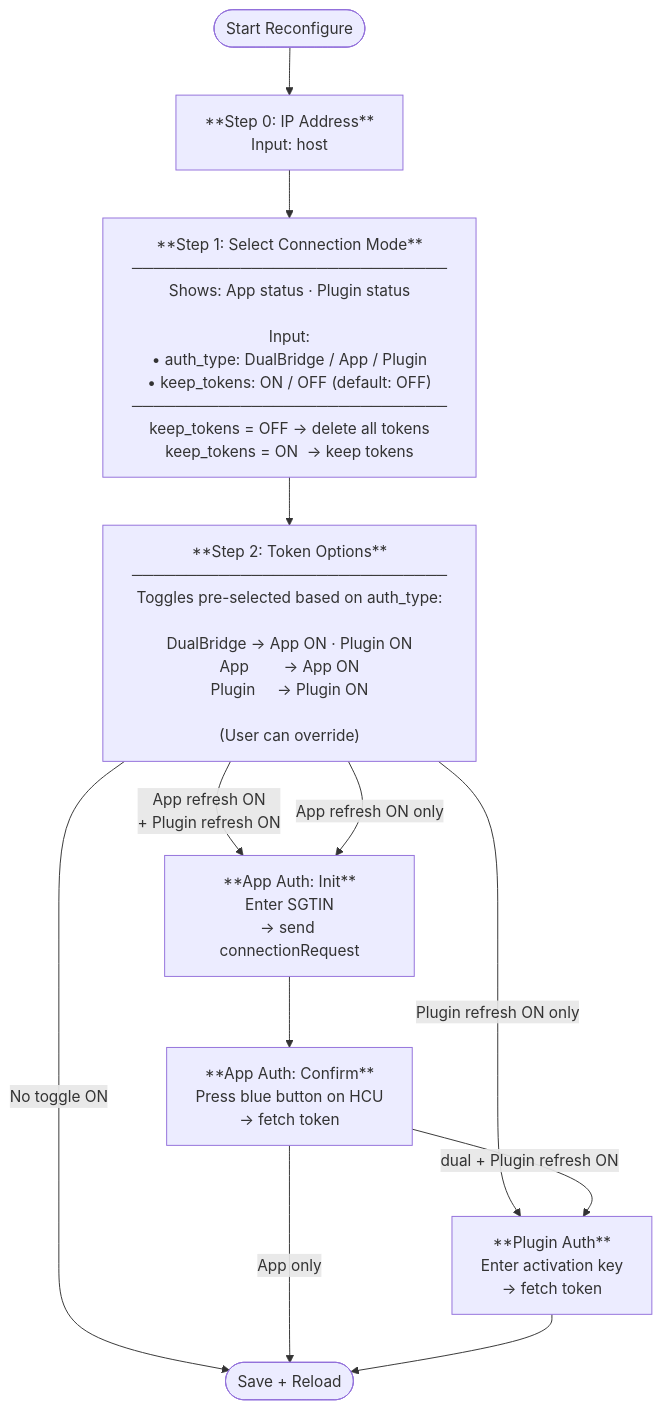
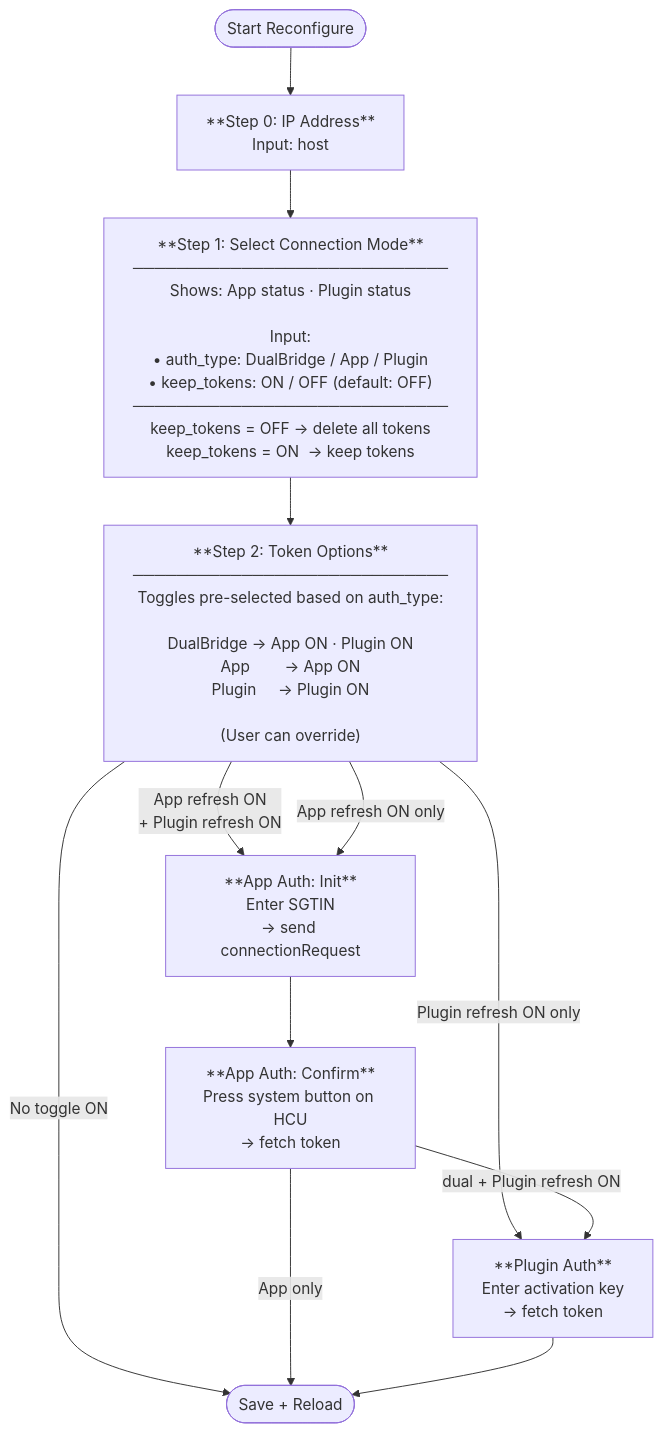
Before and after one commit to Ediminator/homematicip-hcu: the diagram in .docs/flows/reconfigure_flow.md, drawn with Mermaid. The commit also changed other lines of this file and 8 other files, not shown here.

````diff
--- a/.docs/flows/reconfigure_flow.md
+++ b/.docs/flows/reconfigure_flow.md
@@ -9,29 +9,29 @@
 ```mermaid
 flowchart TD
     START([Start Reconfigure]) --> S0
 
     S0["**Step 0: IP Address**\nInput: host"]
     S0 --> S1
 
     S1["**Step 1: Select Connection Mode**\n─────────────────────────────\nShows: App status · Plugin status\n\nInput:\n• auth_type: DualBridge / App / Plugin\n• keep_tokens: ON / OFF (default: OFF)\n─────────────────────────────\nkeep_tokens = OFF → delete all tokens\nkeep_tokens = ON  → keep tokens"]
     S1 --> S2
 
     S2["**Step 2: Token Options**\n─────────────────────────────\nToggles pre-selected based on auth_type:\n\nDualBridge → App ON · Plugin ON\nApp        → App ON\nPlugin     → Plugin ON\n\n(User can override)"]
 
     S2 -->|"App refresh ON\n+ Plugin refresh ON"| APP_AUTH
     S2 -->|"App refresh ON only"| APP_AUTH
     S2 -->|"Plugin refresh ON only"| PLUGIN_AUTH
     S2 -->|"No toggle ON"| SAVE
 
     APP_AUTH["**App Auth: Init**\nEnter SGTIN\n→ send connectionRequest"]
     APP_AUTH --> APP_CONFIRM
 
-    APP_CONFIRM["**App Auth: Confirm**\nPress blue button on HCU\n→ fetch token"]
+    APP_CONFIRM["**App Auth: Confirm**\nPress system button on HCU\n→ fetch token"]
     APP_CONFIRM -->|"dual + Plugin refresh ON"| PLUGIN_AUTH
     APP_CONFIRM -->|"App only"| SAVE
 
     PLUGIN_AUTH["**Plugin Auth**\nEnter activation key\n→ fetch token"]
     PLUGIN_AUTH --> SAVE
 
     SAVE(["Save + Reload"])
 ```
````
